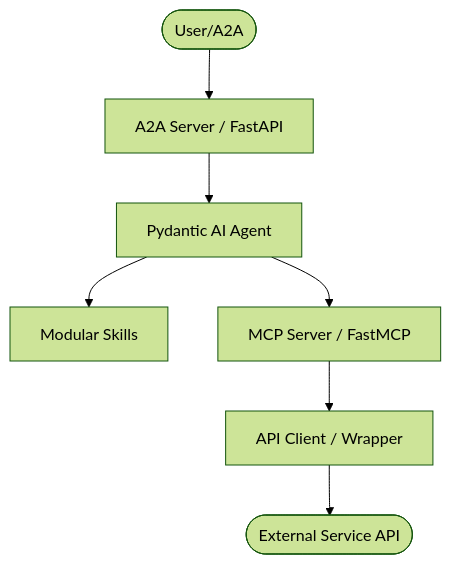
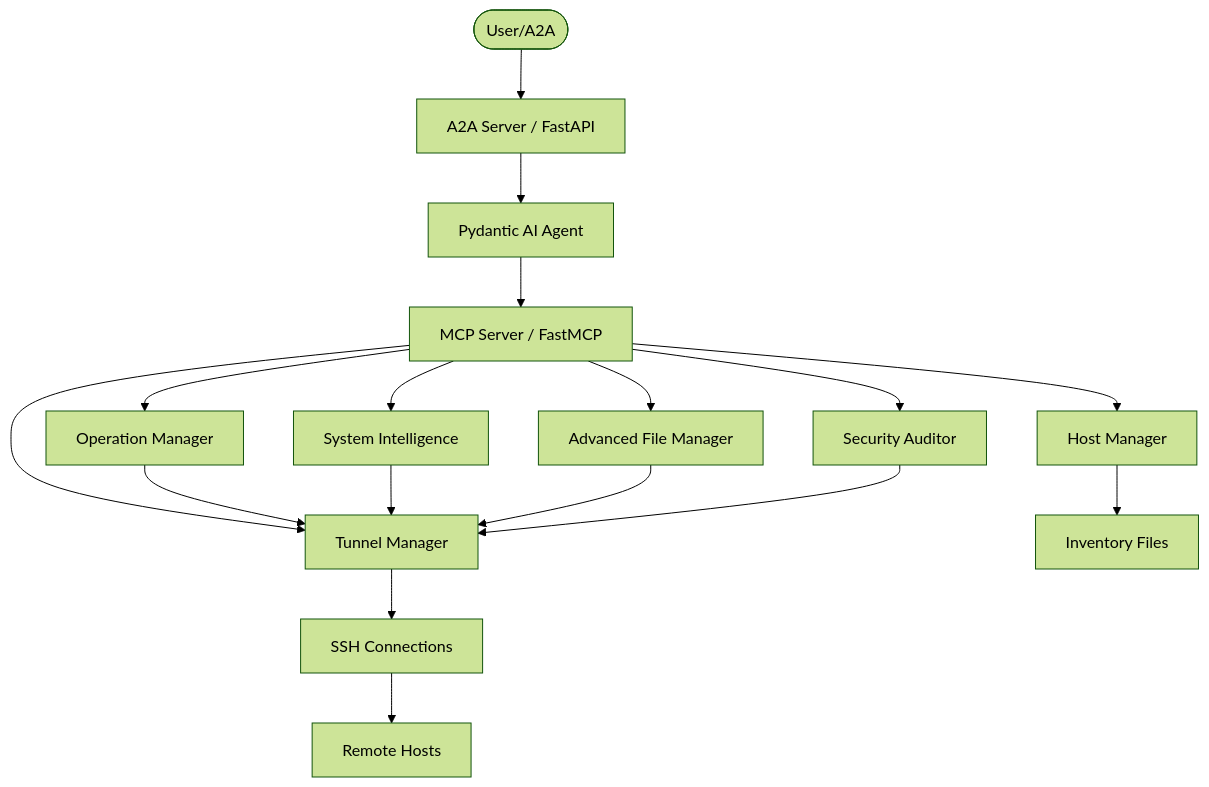
One commit to Knuckles-Team/tunnel-manager changed the first of 2 diagrams in AGENTS.md. Above: the diagram before and after it, drawn with Mermaid (forest theme). The commit also changed other lines of this file and 28 other files, not shown here.

````diff
--- a/AGENTS.md
+++ b/AGENTS.md
@@ -14,9 +19,19 @@
 ```mermaid
 graph TD
     User([User/A2A]) --> Server[A2A Server / FastAPI]
     Server --> Agent[Pydantic AI Agent]
-    Agent --> Skills[Modular Skills]
     Agent --> MCP[MCP Server / FastMCP]
-    MCP --> Client[API Client / Wrapper]
-    Client --> ExternalAPI([External Service API])
+    MCP --> Tunnel[Tunnel Manager]
+    Tunnel --> SSH[SSH Connections]
+    SSH --> RemoteHosts[Remote Hosts]
+    MCP --> HostManager[Host Manager]
+    HostManager --> Inventory[Inventory Files]
+    MCP --> OperationManager[Operation Manager]
+    MCP --> SystemIntelligence[System Intelligence]
+    MCP --> AdvancedFileManager[Advanced File Manager]
+    MCP --> SecurityAuditor[Security Auditor]
+    OperationManager --> Tunnel
+    SystemIntelligence --> Tunnel
+    AdvancedFileManager --> Tunnel
+    SecurityAuditor --> Tunnel
 ```
````
